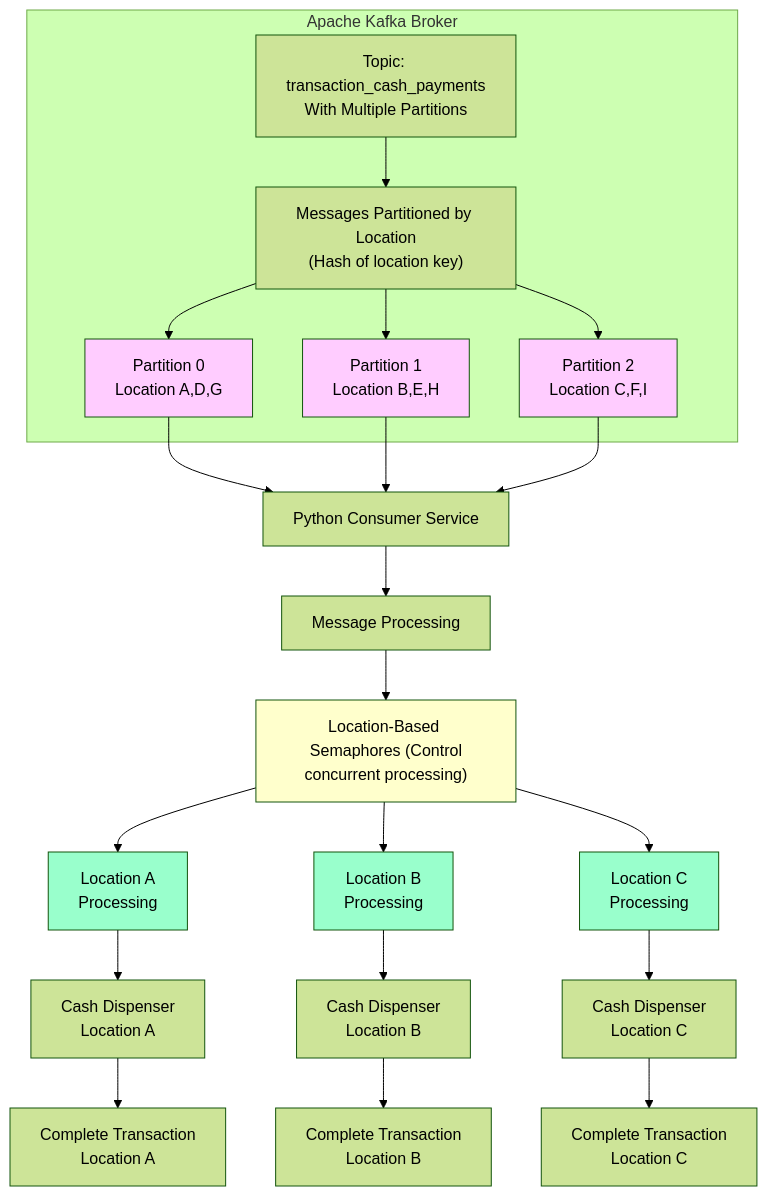
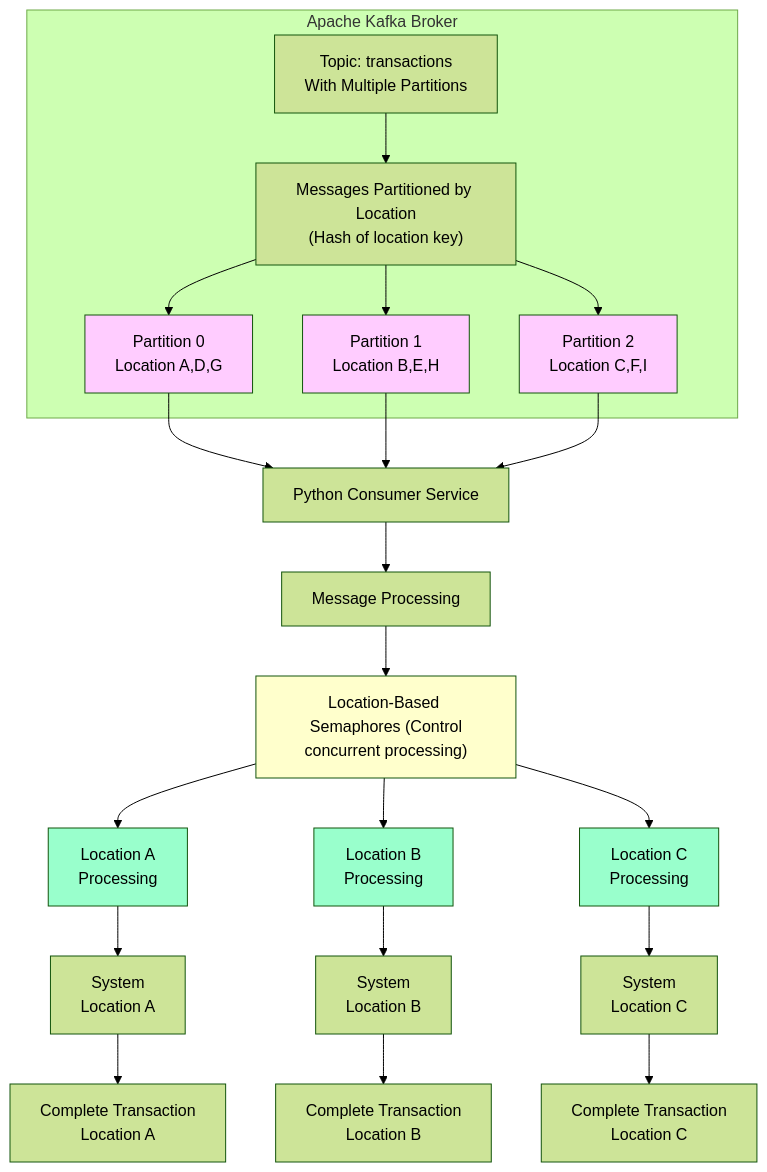
Before and after one commit to f0-x/f0-x.github.io: the diagram in content/posts/cash-dispensing-kafka/index.md, drawn with Mermaid (forest theme). The commit also changed other lines of this file and 3 other files, not shown here.

```diff
--- a/content/posts/cash-dispensing-kafka/index.md
+++ b/content/posts/cash-dispensing-kafka/index.md
@@ -46,57 +44,57 @@
 {{< mermaid >}}
 flowchart TD
     subgraph KafkaBroker["Apache Kafka Broker"]
-        topic["Topic: transaction_cash_payments\nWith Multiple Partitions"]
+        topic["Topic: transactions\nWith Multiple Partitions"]
         partitioning["Messages Partitioned by Location\n(Hash of location key)"]
         partition0["Partition 0\nLocation A,D,G"]
         partition1["Partition 1\nLocation B,E,H"]
         partition2["Partition 2\nLocation C,F,I"]
 
         topic --> partitioning
         partitioning --> partition0
         partitioning --> partition1
         partitioning --> partition2
     end
 
     consumer["Python Consumer Service"]
     processing["Message Processing"]
     semaphores["Location-Based Semaphores (Control\nconcurrent processing)"]
 
     partition0 --> consumer
     partition1 --> consumer
     partition2 --> consumer
     consumer --> processing
     processing --> semaphores
 
     locA["Location A\nProcessing"]
     locB["Location B\nProcessing"]
     locC["Location C\nProcessing"]
 
     semaphores --> locA
     semaphores --> locB
     semaphores --> locC
 
-    dispA["Cash Dispenser\nLocation A"]
-    dispB["Cash Dispenser\nLocation B"]
-    dispC["Cash Dispenser\nLocation C"]
+    sysA["System\nLocation A"]
+    sysB["System\nLocation B"]
+    sysC["System\nLocation C"]
 
-    locA --> dispA
-    locB --> dispB
-    locC --> dispC
+    locA --> sysA
+    locB --> sysB
+    locC --> sysC
 
     compA["Complete Transaction\nLocation A"]
     compB["Complete Transaction\nLocation B"]
     compC["Complete Transaction\nLocation C"]
 
-    dispA --> compA
-    dispB --> compB
-    dispC --> compC
+    sysA --> compA
+    sysB --> compB
+    sysC --> compC
 
     style partition0 fill:#ffccff
     style partition1 fill:#ffccff
     style partition2 fill:#ffccff
     style locA fill:#99ffcc
     style locB fill:#99ffcc
     style locC fill:#99ffcc
     style semaphores fill:#ffffcc
 {{< /mermaid >}}
```
